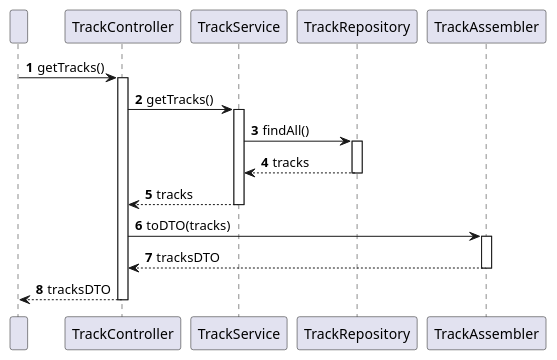
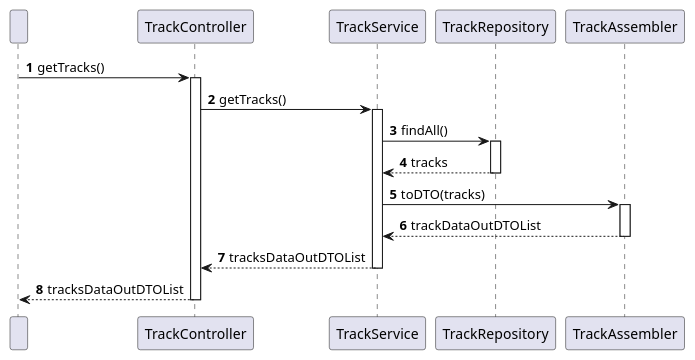
One commit to olivDiogo/lap-time-simulator changed the diagram in docs/useCases/uc01_getAllTracks/sd_uc01.puml. Above: the diagram before and after it, drawn with PlantUML. The commit also changed 24 other files, not shown here.

```diff
--- a/docs/useCases/uc01_getAllTracks/sd_uc01.puml
+++ b/docs/useCases/uc01_getAllTracks/sd_uc01.puml
@@ -1,37 +1,37 @@
 @startuml
 'https://plantuml.com/sequence-diagram
 
 autonumber
 
 participant " "
 participant TrackController as CTRL
 participant TrackService as SERV
 participant TrackRepository as REPO
 participant TrackAssembler as ASSEMBLER
 
 
 " "-> CTRL: getTracks()
 activate CTRL
 
 CTRL -> SERV: getTracks()
 activate SERV
 
 SERV -> REPO: findAll()
 activate REPO
 
 REPO --> SERV: tracks
 deactivate REPO
 
-SERV --> CTRL: tracks
+SERV -> ASSEMBLER: toDTO(tracks)
+activate ASSEMBLER
+
+ASSEMBLER --> SERV: trackDataOutDTOList
+deactivate ASSEMBLER
+
+SERV --> CTRL: tracksDataOutDTOList
 deactivate SERV
 
-CTRL -> ASSEMBLER: toDTO(tracks)
-activate ASSEMBLER
-
-ASSEMBLER --> CTRL: tracksDTO
-deactivate ASSEMBLER
-
-CTRL --> " ": tracksDTO
+CTRL --> " ": tracksDataOutDTOList
 deactivate CTRL
 
 @enduml
```
